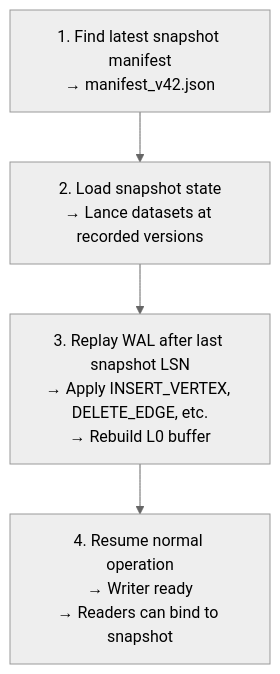
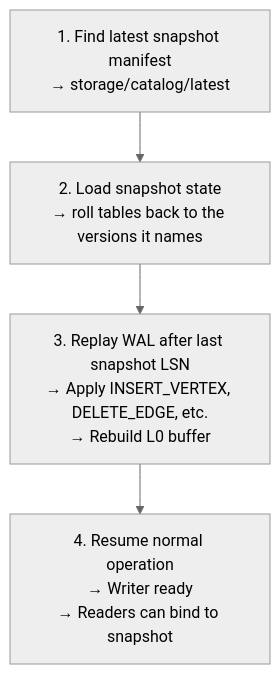
Before and after one commit to rustic-ai/uni-db: the fifth of 5 diagrams in website/docs/concepts/concurrency.md, drawn with Mermaid (neutral theme). The commit also changed other lines of this file and 93 other files, not shown here.

````diff
--- a/website/docs/concepts/concurrency.md
+++ b/website/docs/concepts/concurrency.md
@@ -347,9 +354,9 @@
 ```mermaid
 flowchart TB
-    R1["1. Find latest snapshot manifest<br/>→ manifest_v42.json"]
-    R2["2. Load snapshot state<br/>→ Lance datasets at recorded versions"]
+    R1["1. Find latest snapshot manifest<br/>→ storage/catalog/latest"]
+    R2["2. Load snapshot state<br/>→ roll tables back to the versions it names"]
     R3["3. Replay WAL after last snapshot LSN<br/>→ Apply INSERT_VERTEX, DELETE_EDGE, etc.<br/>→ Rebuild L0 buffer"]
     R4["4. Resume normal operation<br/>→ Writer ready<br/>→ Readers can bind to snapshot"]
 
     R1 --> R2 --> R3 --> R4
 ```
````
